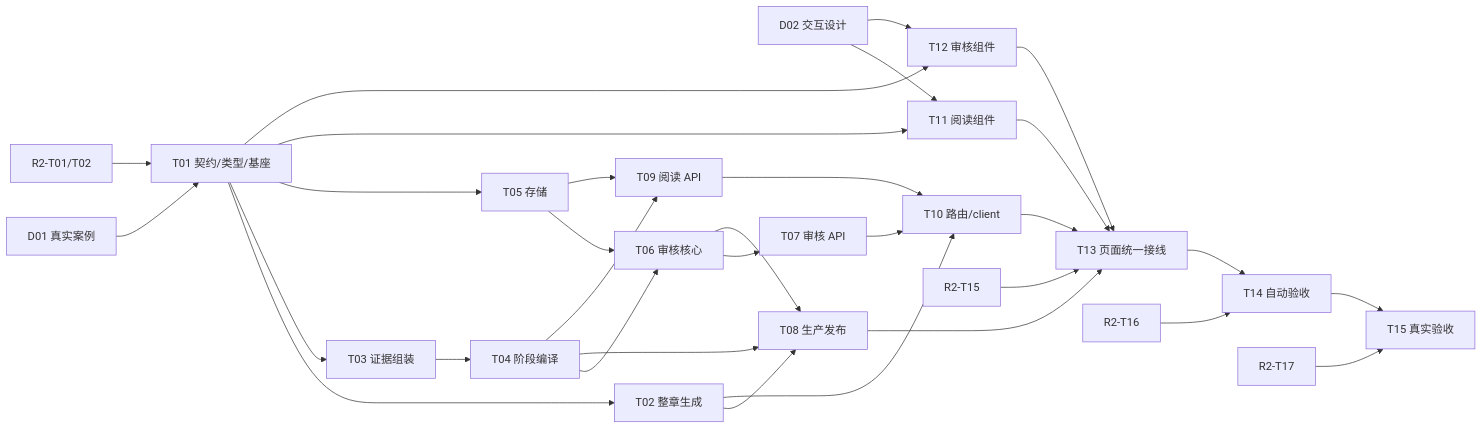
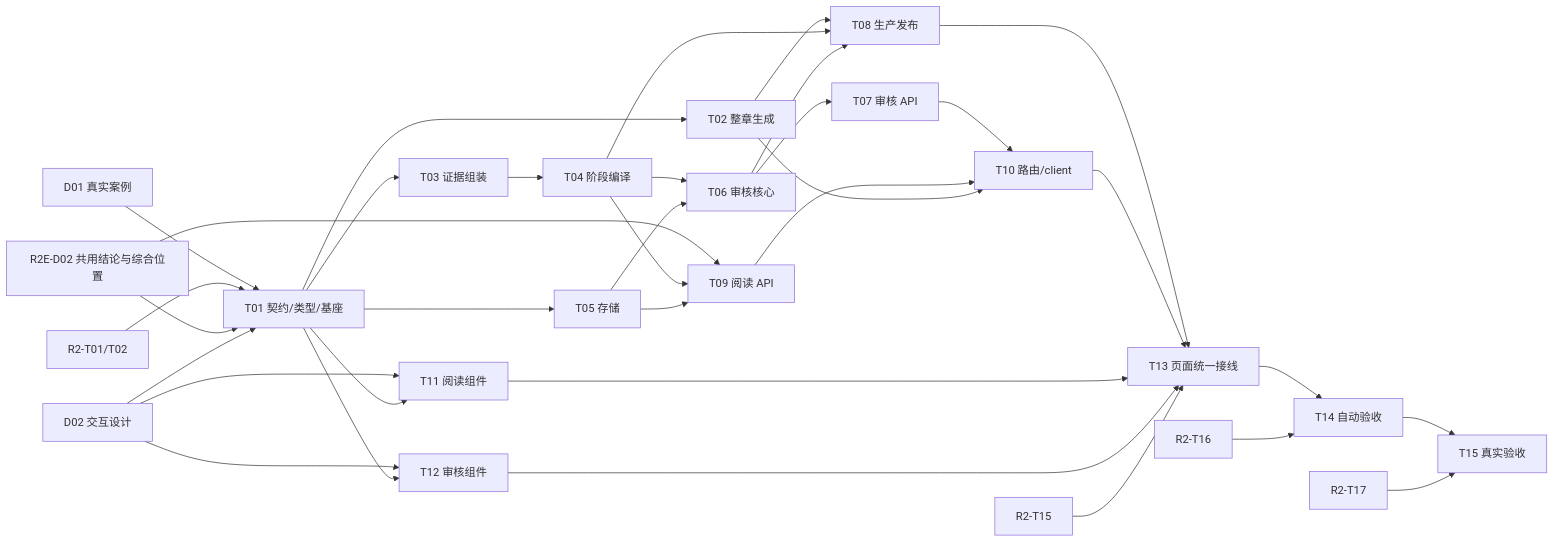
The diagram in docs/tasks/chronicle/third-round/README.md (6spot/Loom), drawn with Mermaid before and after one commit. The commit also changed other lines of this file and 107 other files, not shown here.

````diff
--- a/docs/tasks/chronicle/third-round/README.md
+++ b/docs/tasks/chronicle/third-round/README.md
@@ -47,33 +51,36 @@
 ```mermaid
 flowchart LR
   D01["D01 真实案例"] --> T01["T01 契约/类型/基座"]
   R201["R2-T01/T02"] --> T01
+  R2ED02["R2E-D02 共用结论与综合位置"] --> T01
+  R2ED02 --> T09
   D02["D02 交互设计"] --> T11["T11 阅读组件"]
   D02 --> T12["T12 审核组件"]
+  D02 --> T01
   T01 --> T02["T02 整章生成"]
   T01 --> T03["T03 证据组装"]
   T01 --> T05["T05 存储"]
   T01 --> T11
   T01 --> T12
   T03 --> T04["T04 阶段编译"]
   T04 --> T06["T06 审核核心"]
   T05 --> T06
   T06 --> T07["T07 审核 API"]
   T02 --> T08["T08 生产发布"]
   T04 --> T08
   T06 --> T08
   T04 --> T09["T09 阅读 API"]
   T05 --> T09
   T07 --> T10["T10 路由/client"]
   T09 --> T10
   T02 --> T10
   T08 --> T13["T13 页面统一接线"]
   T10 --> T13
   T11 --> T13
   T12 --> T13
   R215["R2-T15"] --> T13
   T13 --> T14["T14 自动验收"]
   R216["R2-T16"] --> T14
   T14 --> T15["T15 真实验收"]
   R217["R2-T17"] --> T15
 ```
````
